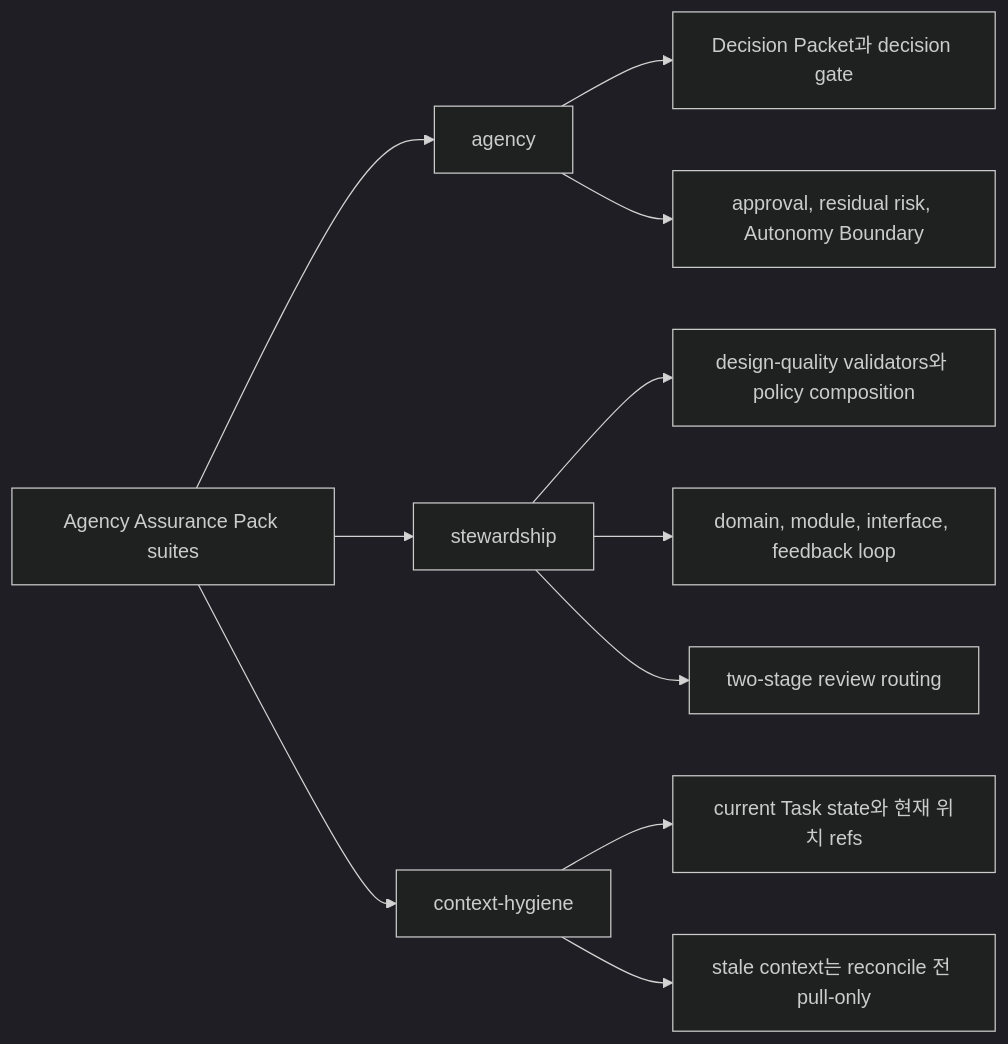
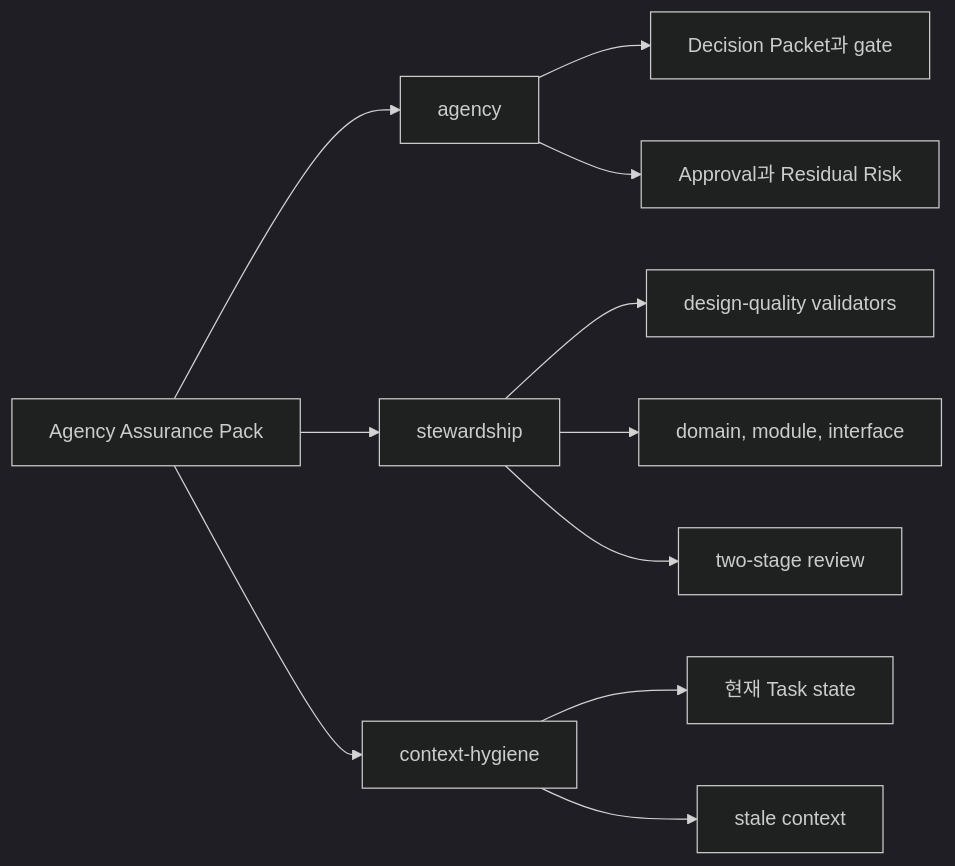
The diagram in docs/ko/reference/future-fixture-catalog.md (minjungw00/Harness_Project), drawn with Mermaid (dark theme) before and after one commit. The commit also changed 20 other files, not shown here.

Commit message:
docs: refresh diagrams for staged authority model

````diff
--- a/docs/ko/reference/future-fixture-catalog.md
+++ b/docs/ko/reference/future-fixture-catalog.md
@@ -46,13 +46,13 @@
 ```mermaid
 flowchart LR
-  Suites["Agency Assurance Pack suites"] --> Agency["agency"]
+  Suites["Agency Assurance Pack"] --> Agency["agency"]
   Suites --> Stewardship["stewardship"]
   Suites --> Context["context-hygiene"]
-  Agency --> A1["Decision Packet과 decision gate"]
-  Agency --> A2["approval, residual risk, Autonomy Boundary"]
-  Stewardship --> S1["design-quality validators와 policy composition"]
-  Stewardship --> S2["domain, module, interface, feedback loop"]
-  Stewardship --> S3["two-stage review routing"]
-  Context --> C1["current Task state와 현재 위치 refs"]
-  Context --> C2["stale context는 reconcile 전 pull-only"]
+  Agency --> A1["Decision Packet과 gate"]
+  Agency --> A2["Approval과 Residual Risk"]
+  Stewardship --> S1["design-quality validators"]
+  Stewardship --> S2["domain, module, interface"]
+  Stewardship --> S3["two-stage review"]
+  Context --> C1["현재 Task state"]
+  Context --> C2["stale context"]
 ```
````
